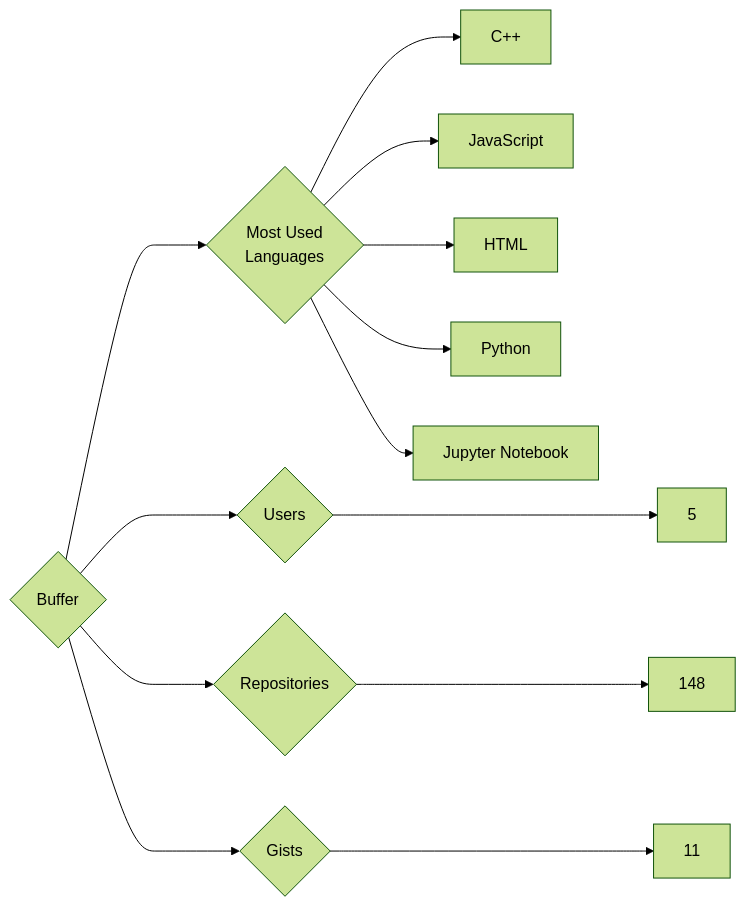
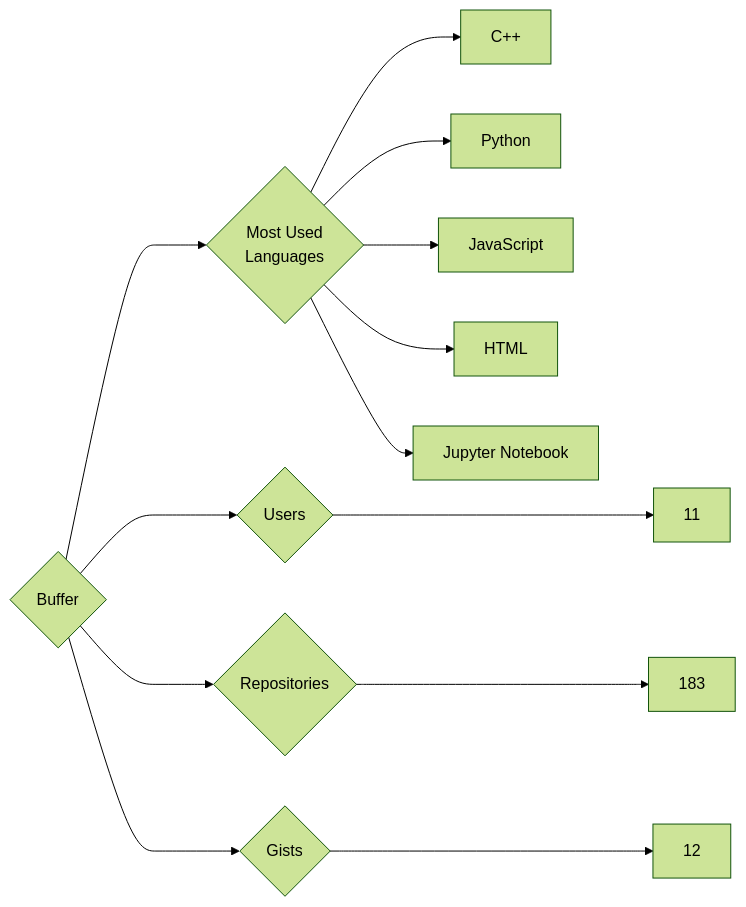
The diagram in targets/Buffer/README.md (trickest/insiders), drawn with Mermaid (forest theme) before and after one commit. The commit also changed 870 other files, not shown here.

````diff
--- a/targets/Buffer/README.md
+++ b/targets/Buffer/README.md
@@ -3,13 +3,13 @@
 ```mermaid
 graph LR
 COMPANY_NAME{Buffer}
-COMPANY_NAME ---> U{Users} ---> UN[5]
-COMPANY_NAME ---> R{Repositories} ---> RN[148]
-COMPANY_NAME ---> G{Gists} ---> GN[11]
+COMPANY_NAME ---> U{Users} ---> UN[11]
+COMPANY_NAME ---> R{Repositories} ---> RN[183]
+COMPANY_NAME ---> G{Gists} ---> GN[12]
 COMPANY_NAME ---> ML{Most Used<br>Languages}
 ML --> C++[C++]
+ML --> Python[Python]
 ML --> JavaScript[JavaScript]
 ML --> HTML[HTML]
-ML --> Python[Python]
 ML --> Jupyter_Notebook[Jupyter Notebook]
 ```
````
